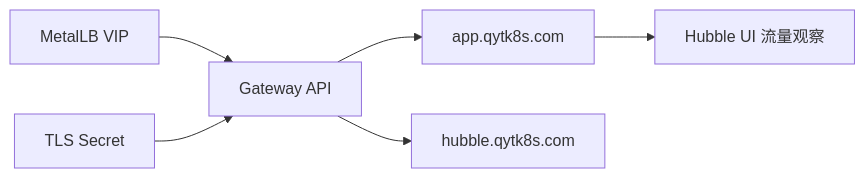
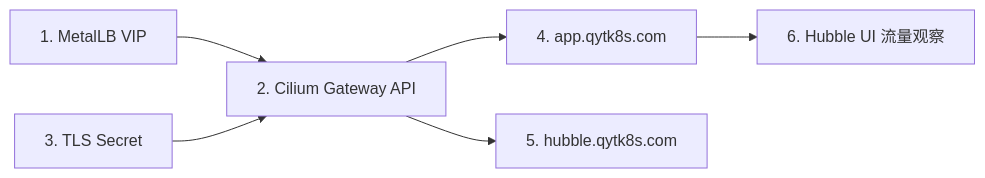
One commit to hwang-protocol/docker_k8s_2026 changed the diagram in k8s/03-north-south-traffic/docs/08_verify.md. Above: the diagram before and after it, drawn with Mermaid. The commit also changed other lines of this file, not shown here.

Commit message:
Update verification documentation for North-South traffic, enhancing flowchart clarity with numbered elements and adding detailed explanations for verification steps. Include checks for additional HTTP routes and clarify the role of `ServiceL2Status` in confirming LoadBalancer Service states.

````diff
--- a/k8s/03-north-south-traffic/docs/08_verify.md
+++ b/k8s/03-north-south-traffic/docs/08_verify.md
@@ -28,15 +28,15 @@
 ```mermaid
 flowchart LR
-  metallb[MetalLB VIP]
-  gateway[Gateway API]
-  tls[TLS Secret]
-  app[app.qytk8s.com]
-  hubble[hubble.qytk8s.com]
-  observe[Hubble UI 流量观察]
+  metallb[1. MetalLB VIP]
+  gateway[2. Cilium Gateway API]
+  tls[3. TLS Secret]
+  app[4. app.qytk8s.com]
+  hubble[5. hubble.qytk8s.com]
+  observe[6. Hubble UI 流量观察]
 
   metallb --> gateway
   tls --> gateway
   gateway --> app
   gateway --> hubble
   app --> observe
 ```
````
